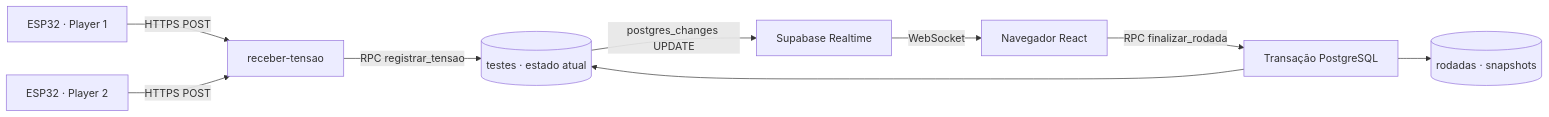
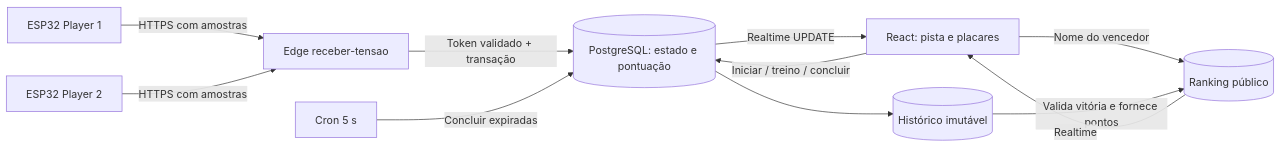
Before and after one commit to UnderJonh/Conep_3_ano: the diagram in README.md, drawn with Mermaid. The commit also changed other lines of this file and 27 other files, not shown here.

````diff
--- a/README.md
+++ b/README.md
@@ -57,11 +58,13 @@
 ```mermaid
 flowchart LR
-  E1[ESP32 · Player 1] -->|HTTPS POST| F[receber-tensao]
-  E2[ESP32 · Player 2] -->|HTTPS POST| F
-  F -->|RPC registrar_tensao| T[(testes · estado atual)]
-  T -->|postgres_changes UPDATE| R[Supabase Realtime]
-  R -->|WebSocket| B[Navegador React]
-  B -->|RPC finalizar_rodada| A[Transação PostgreSQL]
-  A --> T
-  A --> H[(rodadas · snapshots)]
+  A[ESP32 Player 1] -->|HTTPS com amostras| E[Edge receber-tensao]
+  B[ESP32 Player 2] -->|HTTPS com amostras| E
+  E -->|Token validado + transação| P[(PostgreSQL: estado e pontuação)]
+  P -->|Realtime UPDATE| F[React: pista e placares]
+  F -->|Iniciar / treino / concluir| P
+  C[Cron 5 s] -->|Concluir expiradas| P
+  P --> H[(Histórico imutável)]
+  F -->|Nome do vencedor| R[(Ranking público)]
+  H -->|Valida vitória e fornece pontos| R
+  R -->|Realtime| F
 ```
````
